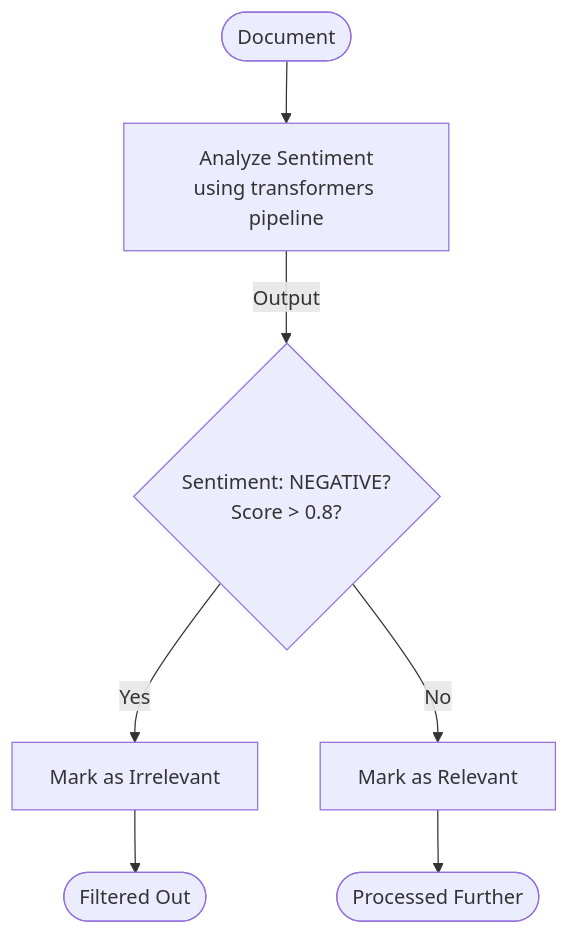
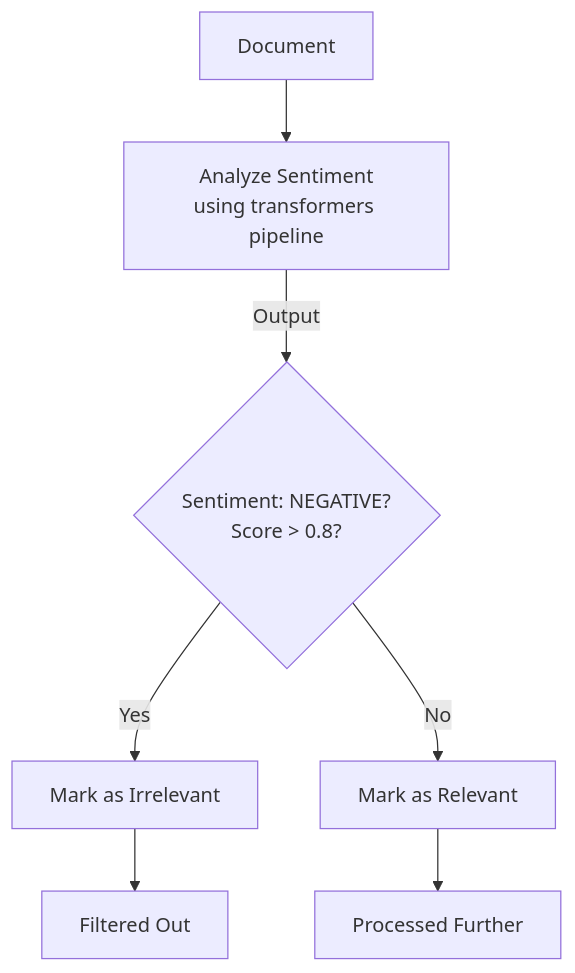
One commit to Likhithsai2580/RAVANA-WIKI changed the third of 5 diagrams in docs/Specialized Modules/Event Detection.md. Above: the diagram before and after it, drawn with Mermaid. The commit also changed other lines of this file and 52 other files, not shown here.

First line of the commit message:
chore(docs): update documentation content, fix Mermaid diagrams, and enhance README

````diff
--- a/docs/Specialized Modules/Event Detection.md
+++ b/docs/Specialized Modules/Event Detection.md
@@ -89,9 +89,9 @@
 ```mermaid
 flowchart TD
-Start([Document]) --> Sentiment["Analyze Sentiment<br/>using transformers pipeline"]
+Start["Document"] --> Sentiment["Analyze Sentiment<br/>using transformers pipeline"]
 Sentiment --> |Output| Result{"Sentiment: NEGATIVE?<br/>Score > 0.8?"}
 Result --> |Yes| Filter["Mark as Irrelevant"]
 Result --> |No| Keep["Mark as Relevant"]
-Filter --> End1([Filtered Out])
-Keep --> End2([Processed Further])
+Filter --> End1["Filtered Out"]
+Keep --> End2["Processed Further"]
 ```
````
